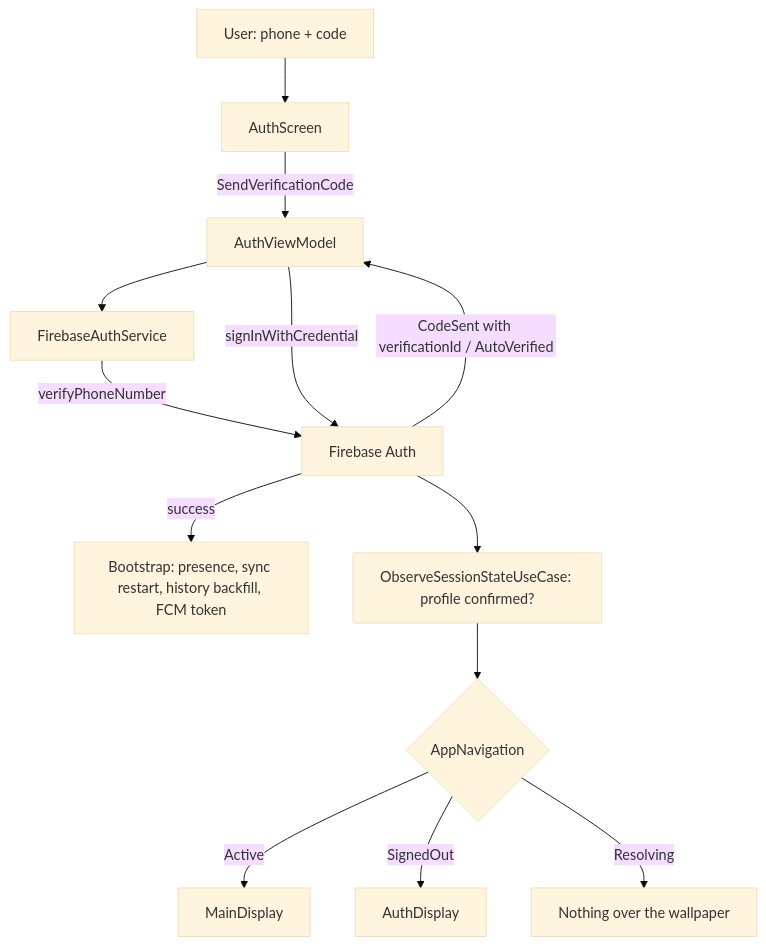
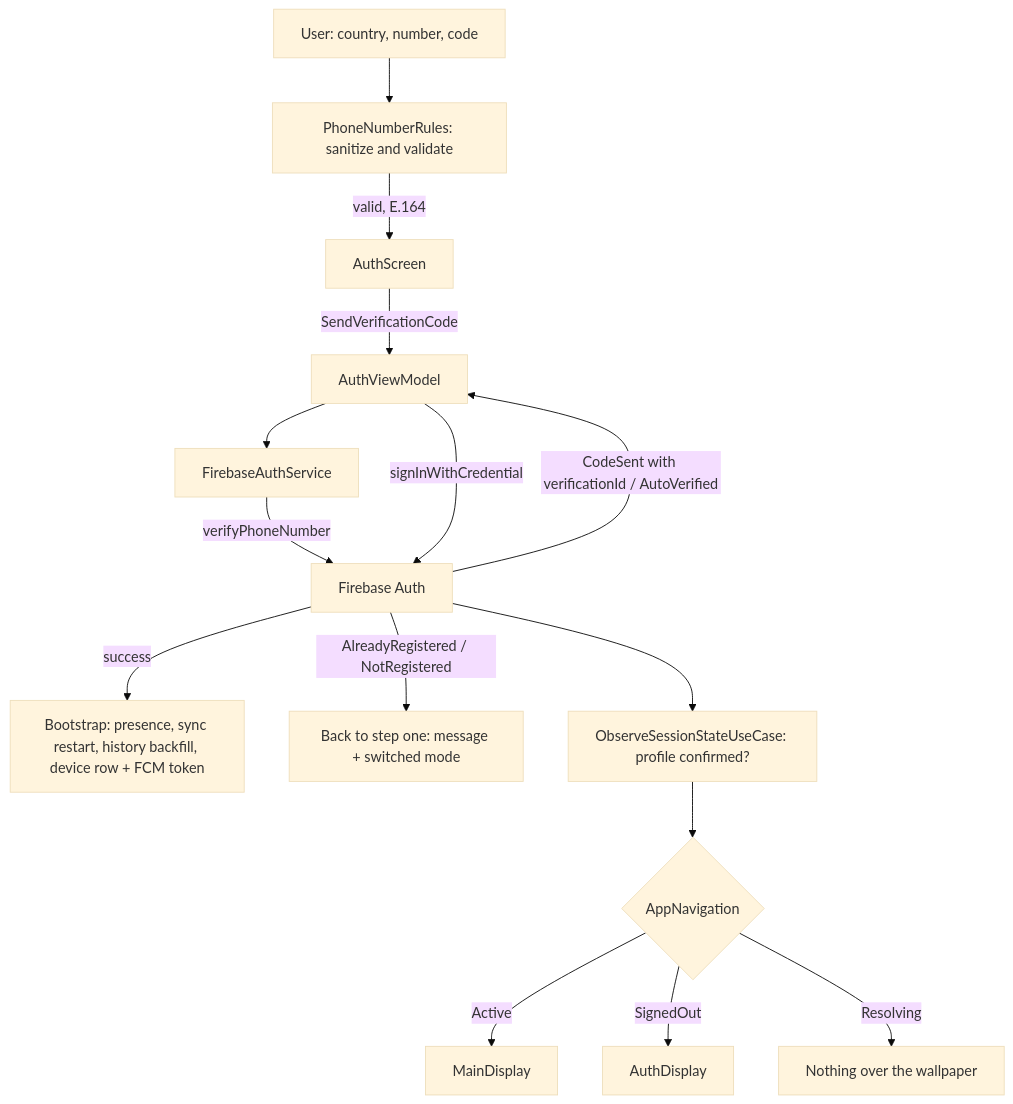
Before and after one commit to DerekBurned/messenger-docs: the diagram in 02 - Features/Authentication.md, drawn with Mermaid (base theme). The commit also changed other lines of this file and 88 other files, not shown here.

````diff
--- a/02 - Features/Authentication.md
+++ b/02 - Features/Authentication.md
@@ -158,15 +225,17 @@
 ```mermaid
 flowchart TD
-    U[User: phone + code] --> AS[AuthScreen]
+    U[User: country, number, code] --> RULES[PhoneNumberRules: sanitize and validate]
+    RULES -->|valid, E.164| AS[AuthScreen]
     AS -->|SendVerificationCode| VM[AuthViewModel]
     VM --> FAS[FirebaseAuthService]
     FAS -->|verifyPhoneNumber| FB[Firebase Auth]
     FB -->|CodeSent with verificationId / AutoVerified| VM
     VM -->|signInWithCredential| FB
-    FB -->|success| BOOT[Bootstrap: presence, sync restart, history backfill, FCM token]
+    FB -->|success| BOOT[Bootstrap: presence, sync restart, history backfill, device row + FCM token]
+    FB -->|AlreadyRegistered / NotRegistered| STEP1[Back to step one: message + switched mode]
     FB --> SESS[ObserveSessionStateUseCase: profile confirmed?]
     SESS --> NAV{AppNavigation}
     NAV -->|Active| MAIN[MainDisplay]
     NAV -->|SignedOut| LOGIN[AuthDisplay]
     NAV -->|Resolving| WAIT[Nothing over the wallpaper]
 ```
````
